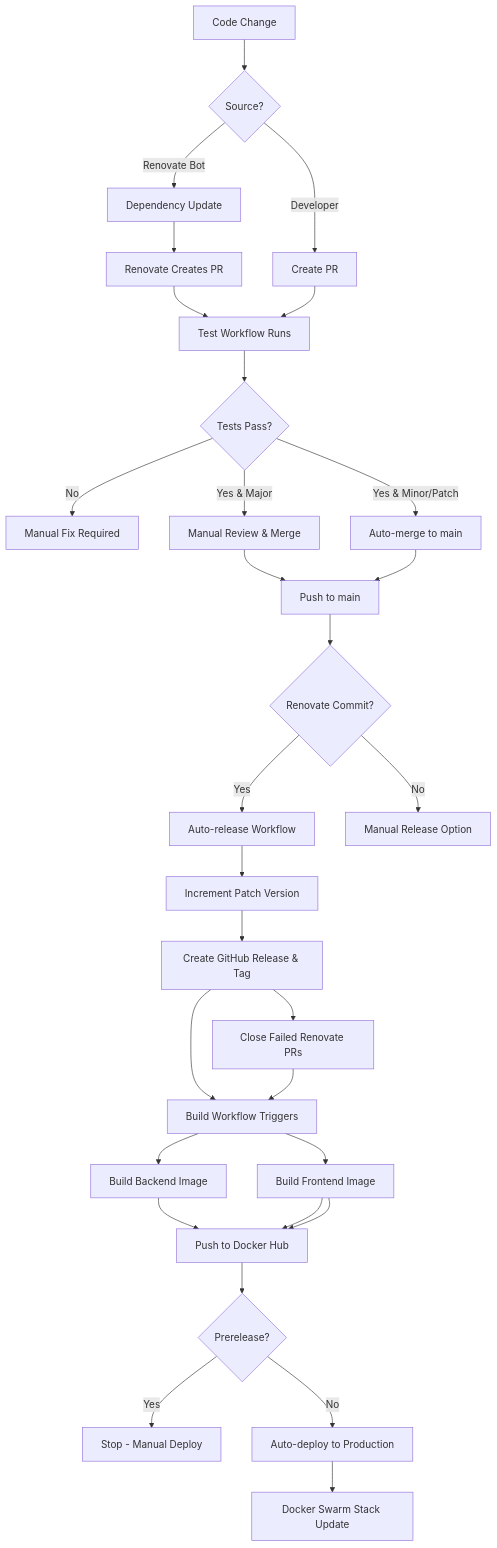
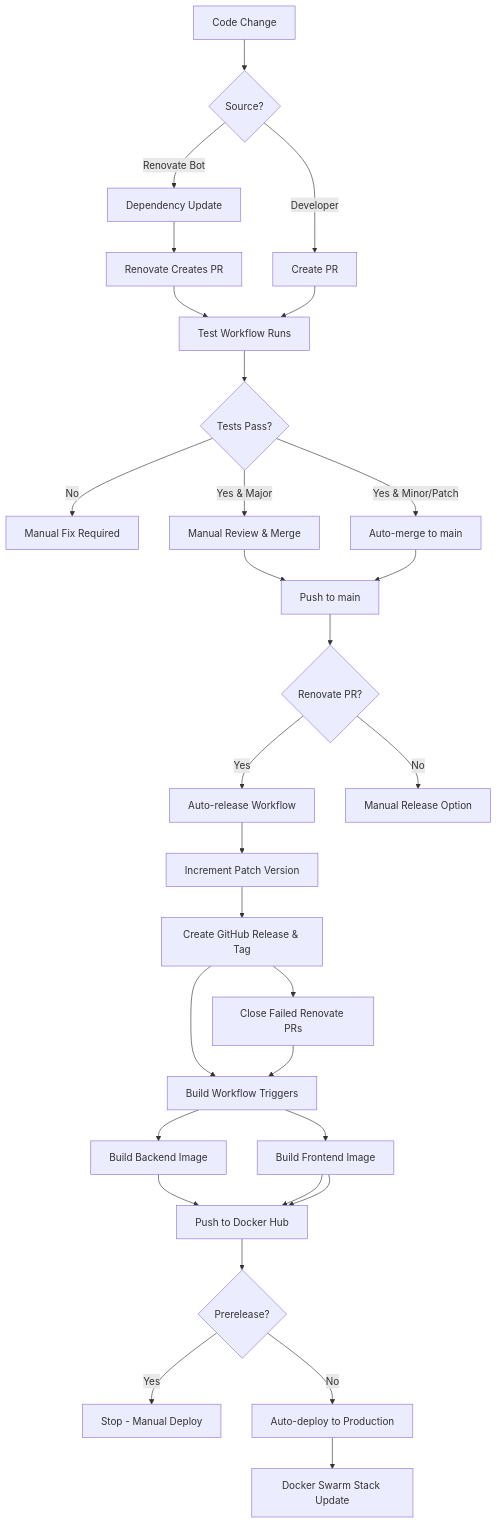
One commit to goatheckler/cr-browser changed the diagram in README.md. Above: the diagram before and after it, drawn with Mermaid. The commit also changed other lines of this file and 4 other files, not shown here.

````diff
--- a/README.md
+++ b/README.md
@@ -113,43 +113,43 @@
 ```mermaid
 flowchart TD
     A[Code Change] --> B{Source?}
     B -->|Developer| C[Create PR]
     B -->|Renovate Bot| D[Dependency Update]
     
     D --> E[Renovate Creates PR]
     E --> F[Test Workflow Runs]
     
     C --> F
     
     F --> G{Tests Pass?}
     G -->|No| H[Manual Fix Required]
     G -->|Yes & Minor/Patch| I[Auto-merge to main]
     G -->|Yes & Major| J[Manual Review & Merge]
     
     J --> K[Push to main]
     I --> K
     
-    K --> L{Renovate Commit?}
+    K --> L{Renovate PR?}
     L -->|Yes| M[Auto-release Workflow]
     L -->|No| N[Manual Release Option]
     
     M --> O[Increment Patch Version]
     O --> P[Create GitHub Release & Tag]
     
     P --> Q[Close Failed Renovate PRs]
     P --> R[Build Workflow Triggers]
     Q --> R[Build Workflow Triggers]
     R --> S[Build Backend Image]
     R --> T[Build Frontend Image]
     
     S --> U[Push to Docker Hub]
     T --> U
     
     T --> U[Push to Docker Hub]
     
     U --> V{Prerelease?}
     V -->|Yes| W[Stop - Manual Deploy]
     V -->|No| X[Auto-deploy to Production]
     
     X --> Y[Docker Swarm Stack Update]
 ```
````
